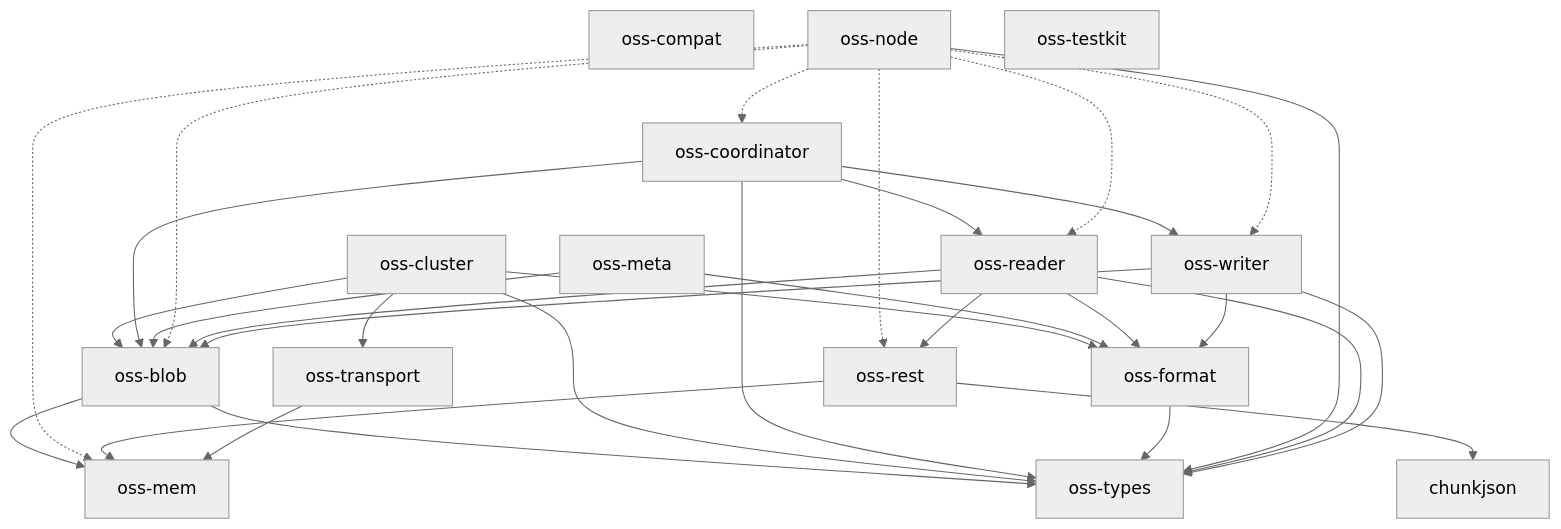
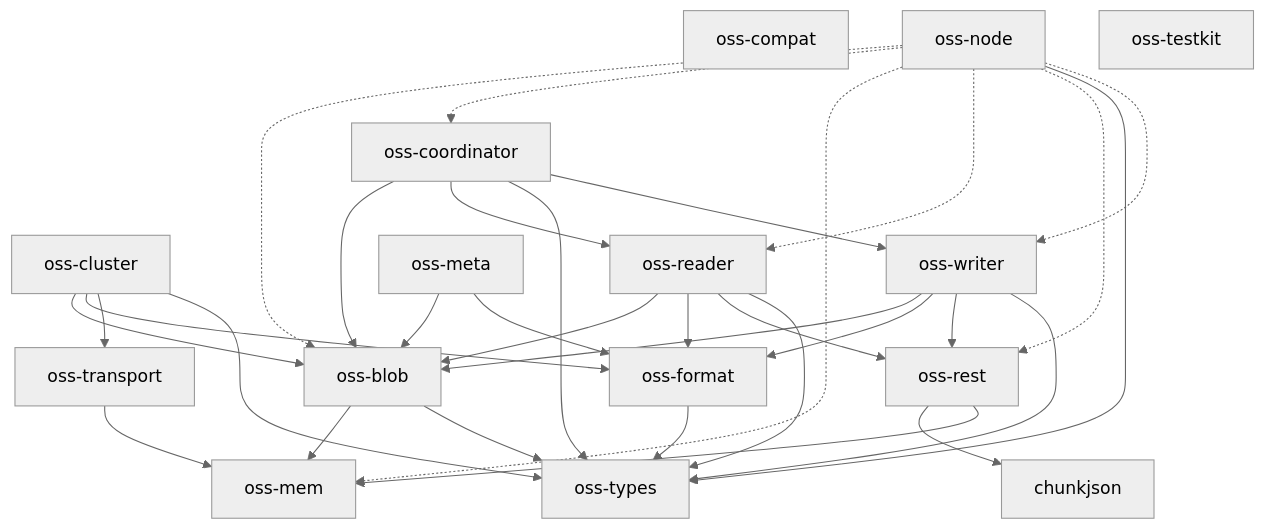
One commit to huyz0/opensearch-serverless changed the diagram in docs/architecture.md. Above: the diagram before and after it, drawn with Mermaid (neutral theme). The commit also changed 29 other files, not shown here.

````diff
--- a/docs/architecture.md
+++ b/docs/architecture.md
@@ -10,38 +10,39 @@
 ```mermaid
 graph TD
     chunkjson
     oss-blob --> oss-mem
     oss-blob --> oss-types
     oss-cluster --> oss-blob
     oss-cluster --> oss-format
     oss-cluster --> oss-transport
     oss-cluster --> oss-types
     oss-compat
     oss-coordinator --> oss-blob
     oss-coordinator --> oss-reader
     oss-coordinator --> oss-types
     oss-coordinator --> oss-writer
     oss-format --> oss-types
     oss-mem
     oss-meta --> oss-blob
     oss-meta --> oss-format
     oss-node -.-> oss-blob
     oss-node -.-> oss-coordinator
     oss-node -.-> oss-mem
     oss-node -.-> oss-reader
     oss-node -.-> oss-rest
     oss-node --> oss-types
     oss-node -.-> oss-writer
     oss-reader --> oss-blob
     oss-reader --> oss-format
     oss-reader --> oss-rest
     oss-reader --> oss-types
     oss-rest --> chunkjson
     oss-rest --> oss-mem
     oss-testkit
     oss-transport --> oss-mem
     oss-types
     oss-writer --> oss-blob
     oss-writer --> oss-format
+    oss-writer --> oss-rest
     oss-writer --> oss-types
 ```
````
